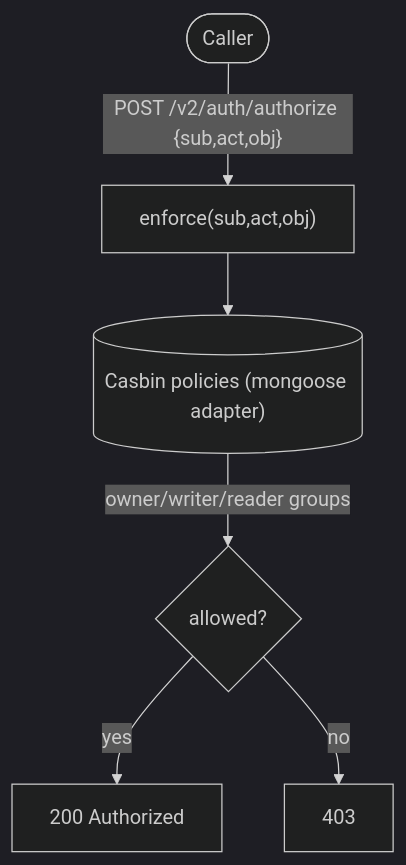
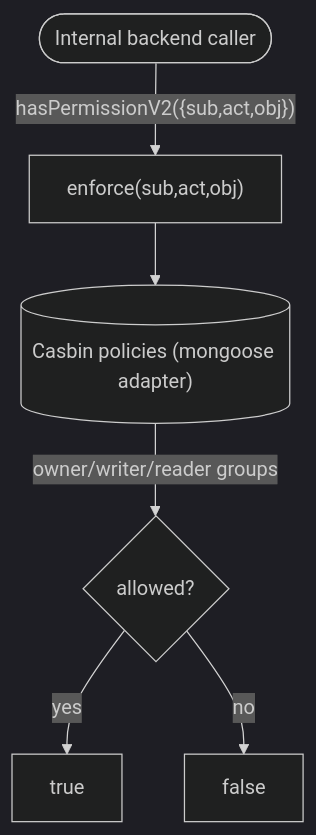
One commit to eclipse-autowrx/autowrx changed the ninth of 10 diagrams in docs/capabilities/identity-access.md. Above: the diagram before and after it, drawn with Mermaid (dark theme). The commit also changed other lines of this file and 9 other files, not shown here.

````diff
--- a/docs/capabilities/identity-access.md
+++ b/docs/capabilities/identity-access.md
@@ -728,8 +727,8 @@
 ```mermaid
 flowchart TD
-    C([Caller]) -->|"POST /v2/auth/authorize {sub,act,obj}"| A["enforce(sub,act,obj)"]
+    C([Internal backend caller]) -->|"hasPermissionV2({sub,act,obj})"| A["enforce(sub,act,obj)"]
     A --> P[("Casbin policies (mongoose adapter)")]
     P -->|owner/writer/reader groups| R{allowed?}
-    R -->|yes| OK["200 Authorized"]
-    R -->|no| N1["403"]
+    R -->|yes| OK["true"]
+    R -->|no| N1["false"]
 ```
````
